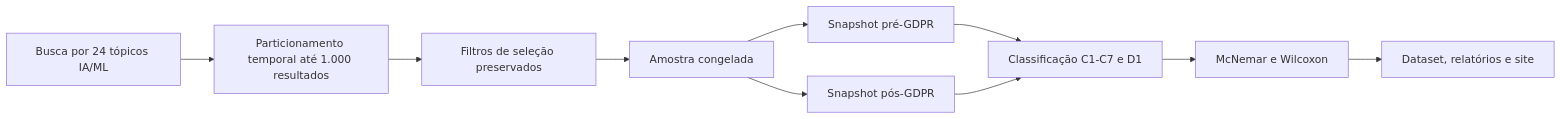
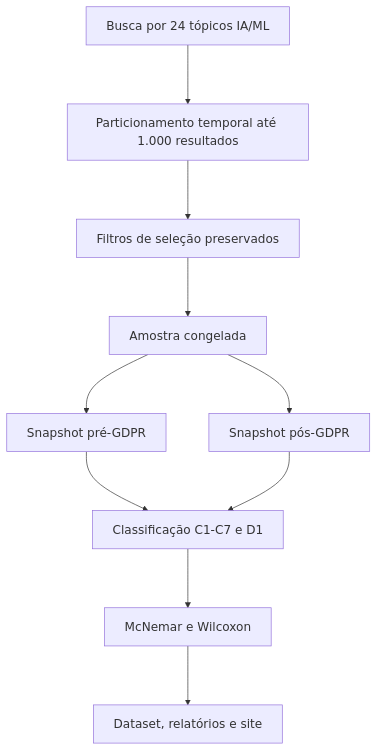
Before and after one commit to diegopn/github-ai-ml-privacy-documentation-gdpr: the diagram in index.qmd, drawn with Mermaid. The commit also changed other lines of this file and 3 other files, not shown here.

````diff
--- a/index.qmd
+++ b/index.qmd
@@ -227,12 +234,13 @@
 ```{mermaid}
-flowchart LR
+%%{init: {"themeVariables": {"fontSize": "18px", "fontFamily": "Montserrat, Arial, sans-serif"}, "flowchart": {"nodeSpacing": 64, "rankSpacing": 88, "diagramPadding": 28, "wrappingWidth": 300, "minNodeWidth": 280}}}%%
+flowchart TD
   A[Busca por 24 tópicos IA/ML] --> B[Particionamento temporal até 1.000 resultados]
   B --> C[Filtros de seleção preservados]
   C --> D[Amostra congelada]
   D --> E[Snapshot pré-GDPR]
   D --> F[Snapshot pós-GDPR]
   E --> G[Classificação C1-C7 e D1]
   F --> G
   G --> H[McNemar e Wilcoxon]
   H --> I[Dataset, relatórios e site]
 ```
````
